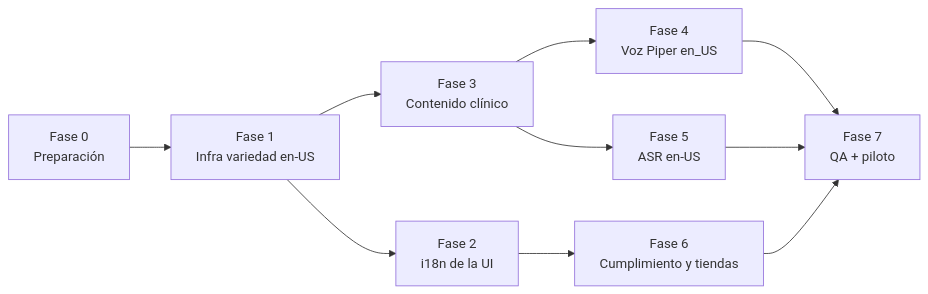
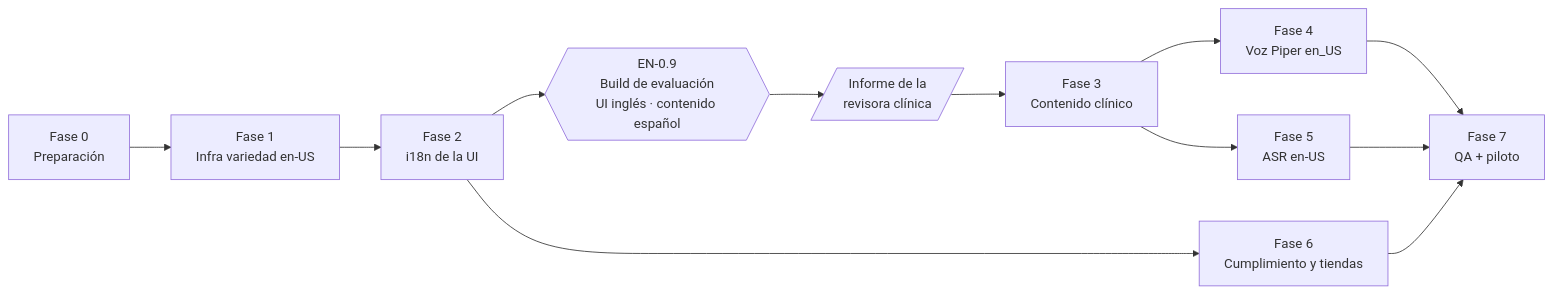
One commit to FrankBetances/Valeria changed the diagram in docs/plan-integracion-ingles-en-US.md. Above: the diagram before and after it, drawn with Mermaid. The commit also changed other lines of this file and 2 other files, not shown here.

````diff
--- a/docs/plan-integracion-ingles-en-US.md
+++ b/docs/plan-integracion-ingles-en-US.md
@@ -493,12 +503,14 @@
 ```mermaid
 graph LR
   F0[Fase 0<br/>Preparación] --> F1[Fase 1<br/>Infra variedad en-US]
   F1 --> F2[Fase 2<br/>i18n de la UI]
-  F1 --> F3[Fase 3<br/>Contenido clínico]
+  F2 --> EV{{EN-0.9<br/>Build de evaluación<br/>UI inglés · contenido español}}
+  EV --> INF[/Informe de la<br/>revisora clínica/]
+  INF --> F3[Fase 3<br/>Contenido clínico]
   F3 --> F4[Fase 4<br/>Voz Piper en_US]
   F3 --> F5[Fase 5<br/>ASR en-US]
   F2 --> F6[Fase 6<br/>Cumplimiento y tiendas]
   F4 --> F7[Fase 7<br/>QA + piloto]
   F5 --> F7
   F6 --> F7
 ```
````
